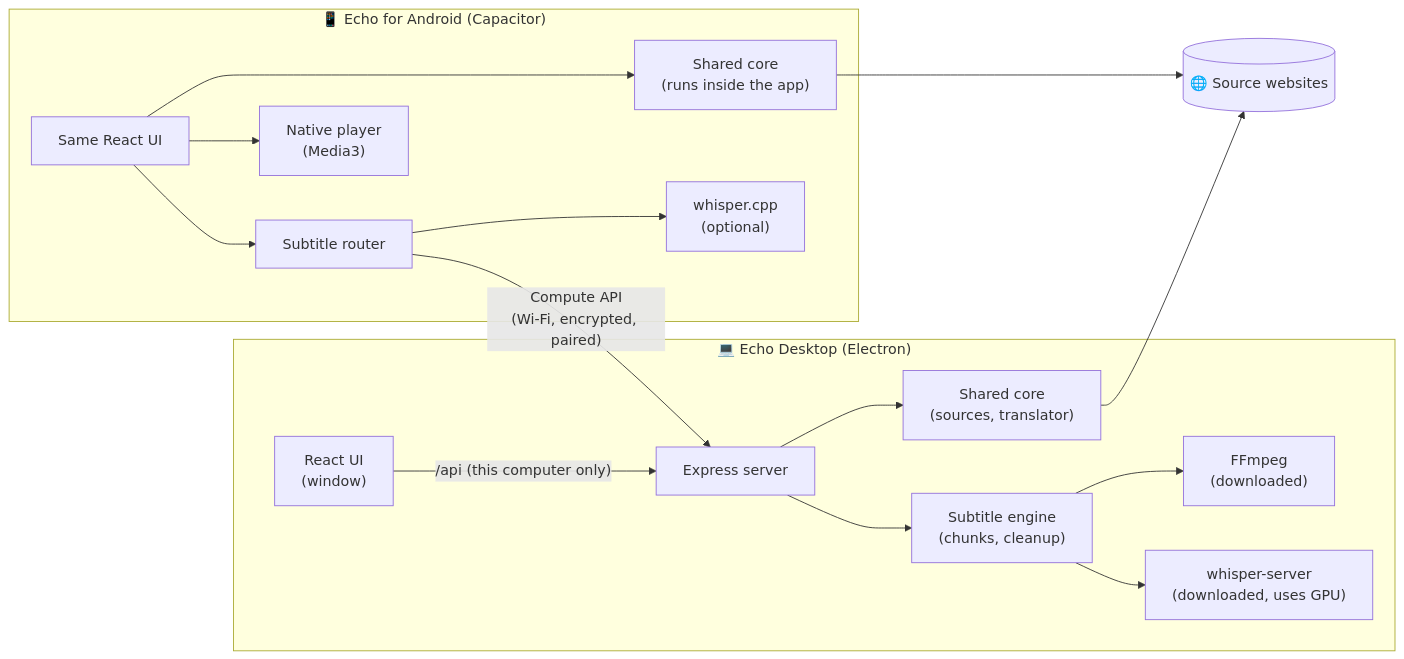
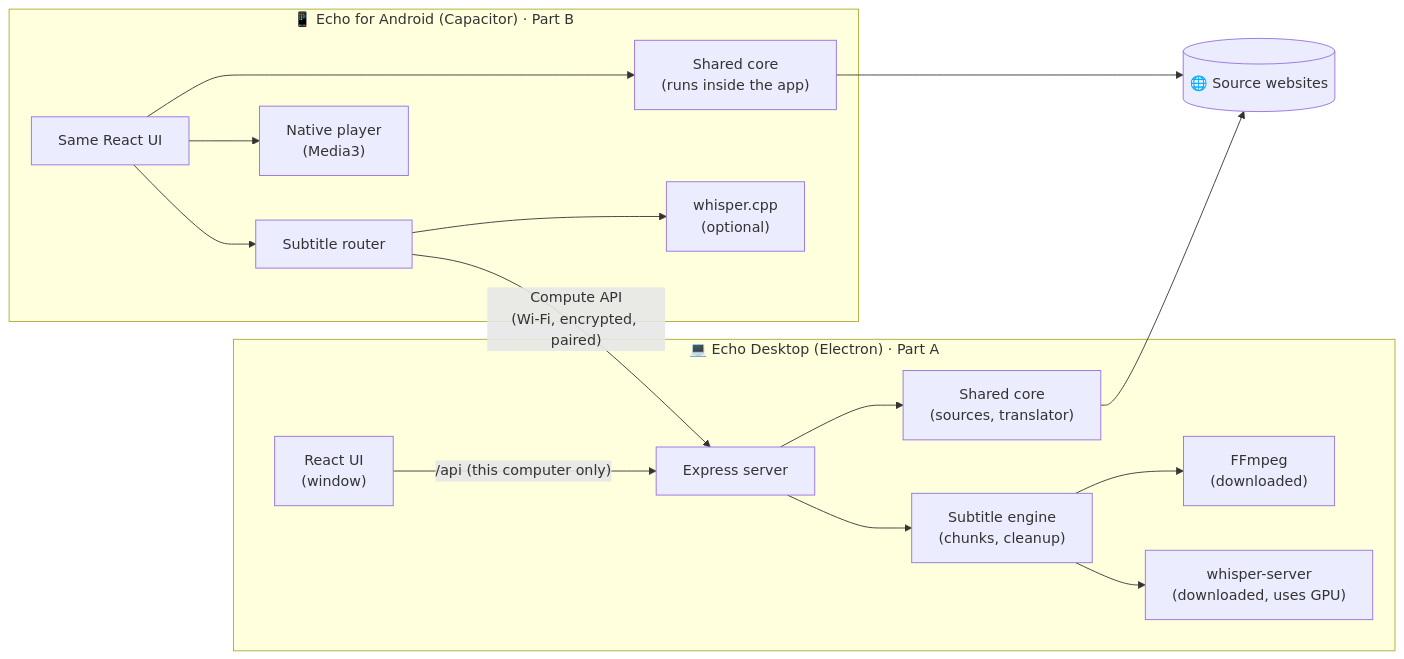
One commit to PrathameshBelvalkar/web-asmrone changed the second of 21 diagrams in PLAN.md. Above: the diagram before and after it, drawn with Mermaid. The commit also changed other lines of this file, not shown here.

````diff
--- a/PLAN.md
+++ b/PLAN.md
@@ -71,34 +128,34 @@
 ```mermaid
 flowchart LR
-    subgraph PC["💻 Echo Desktop (Electron)"]
+    subgraph PC["💻 Echo Desktop (Electron) · Part A"]
         UI1["React UI<br/>(window)"]
         SRV["Express server"]
         CORE1["Shared core<br/>(sources, translator)"]
         SUB1["Subtitle engine<br/>(chunks, cleanup)"]
         FF1["FFmpeg<br/>(downloaded)"]
         WH1["whisper-server<br/>(downloaded, uses GPU)"]
         UI1 -- "/api (this computer only)" --> SRV
         SRV --> CORE1
         SRV --> SUB1
         SUB1 --> FF1
         SUB1 --> WH1
     end
 
-    subgraph PHONE["📱 Echo for Android (Capacitor)"]
+    subgraph PHONE["📱 Echo for Android (Capacitor) · Part B"]
         UI2["Same React UI"]
         CORE2["Shared core<br/>(runs inside the app)"]
         ROUTER["Subtitle router"]
         PLAYER["Native player<br/>(Media3)"]
         WH2["whisper.cpp<br/>(optional)"]
         UI2 --> CORE2
         UI2 --> PLAYER
         UI2 --> ROUTER
         ROUTER --> WH2
     end
 
     NET[("🌐 Source websites")]
 
     CORE1 --> NET
     CORE2 --> NET
     ROUTER -- "Compute API<br/>(Wi-Fi, encrypted, paired)" --> SRV
 ```
````
